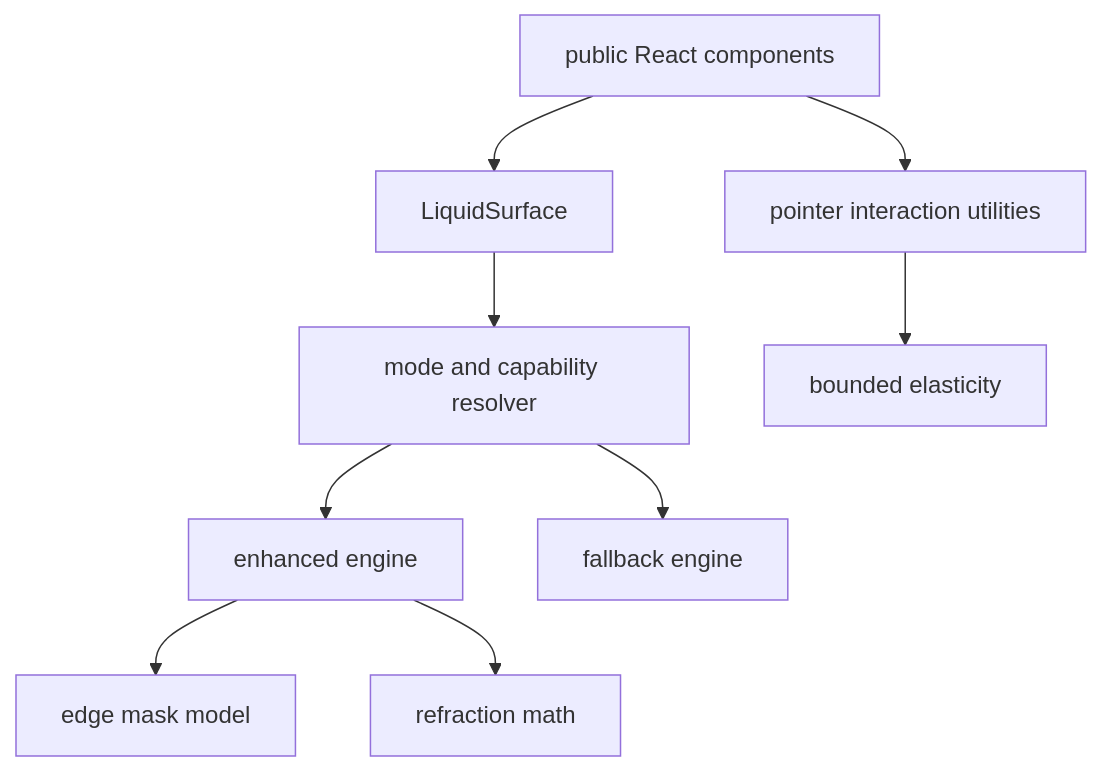
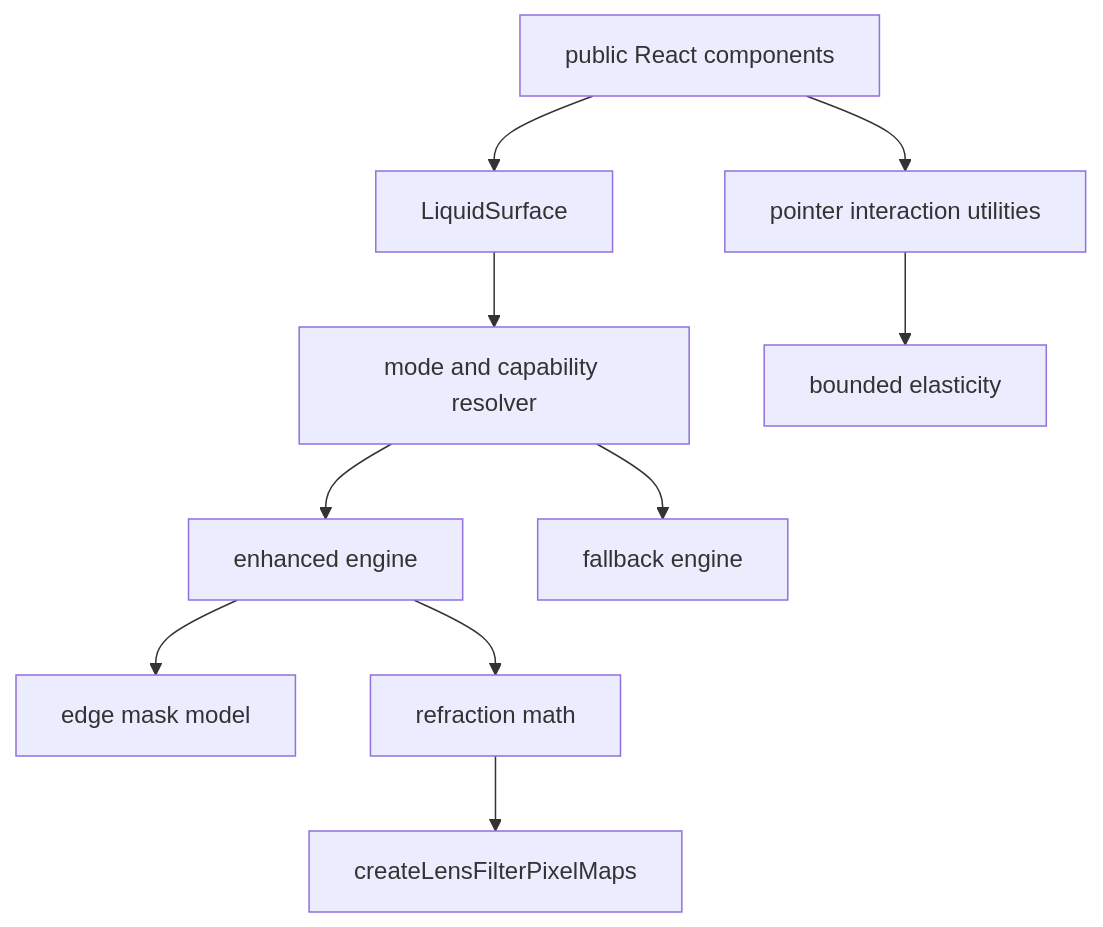
The diagram in docs/rdev-liquid-glass-react.md (clean99/liquid-glass), drawn with Mermaid before and after one commit. The commit also changed other lines of this file and 8 other files, not shown here.

Commit message:
Extract lens displacement maps

````diff
--- a/docs/rdev-liquid-glass-react.md
+++ b/docs/rdev-liquid-glass-react.md
@@ -28,11 +28,12 @@
 ```mermaid
 flowchart TD
   A["public React components"] --> B["LiquidSurface"]
   B --> C["mode and capability resolver"]
   C --> D["enhanced engine"]
   C --> E["fallback engine"]
   D --> F["edge mask model"]
   D --> G["refraction math"]
+  G --> J["createLensFilterPixelMaps"]
   A --> H["pointer interaction utilities"]
   H --> I["bounded elasticity"]
 ```
````
